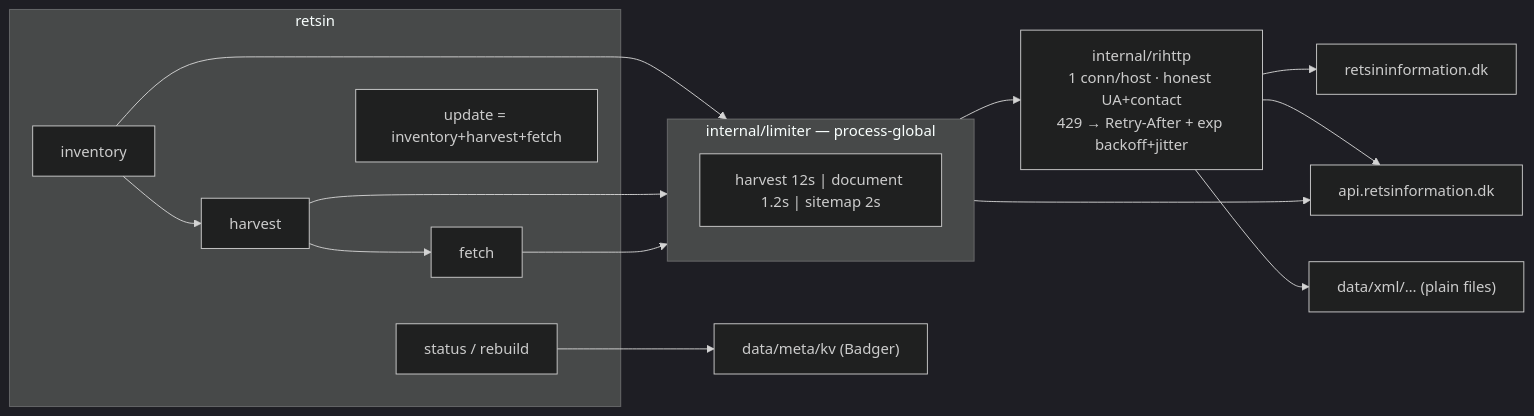
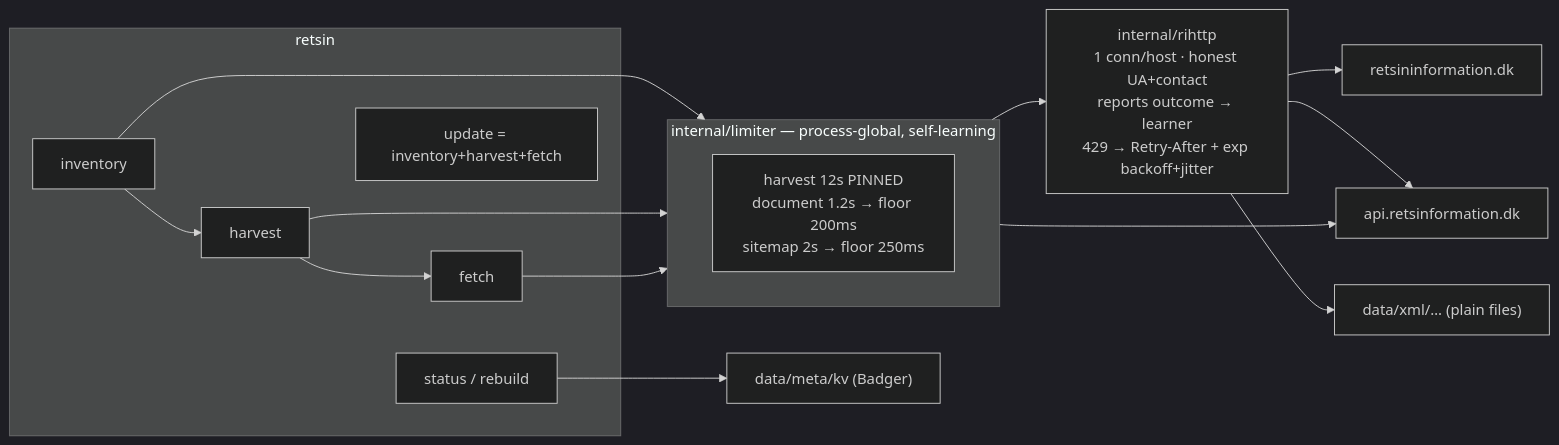
The diagram in README.md (lkarlslund/lovkilde), drawn with Mermaid (dark theme) before and after one commit. The commit also changed other lines of this file and 13 other files, not shown here.

````diff
--- a/README.md
+++ b/README.md
@@ -68,17 +68,17 @@
 ```mermaid
 flowchart LR
   subgraph CLI["retsin"]
     C1["inventory"] --> C2["harvest"] --> C3["fetch"]
     U["update = inventory+harvest+fetch"]
     S["status / rebuild"]
   end
-  subgraph PACE["internal/limiter — process-global"]
-    B["harvest 12s | document 1.2s | sitemap 2s"]
+  subgraph PACE["internal/limiter — process-global, self-learning"]
+    B["harvest 12s PINNED<br/>document 1.2s → floor 200ms<br/>sitemap 2s → floor 250ms"]
   end
-  C1 & C2 & C3 --> PACE --> H["internal/rihttp<br/>1 conn/host · honest UA+contact<br/>429 → Retry-After + exp backoff+jitter"]
+  C1 & C2 & C3 --> PACE --> H["internal/rihttp<br/>1 conn/host · honest UA+contact<br/>reports outcome → learner<br/>429 → Retry-After + exp backoff+jitter"]
   H --> RI["retsininformation.dk"]
   PACE --> RI2["api.retsinformation.dk"]
   H --> RI2
   H --> A["data/xml/… (plain files)"]
   S --> K["data/meta/kv (Badger)"]
 ```
````
